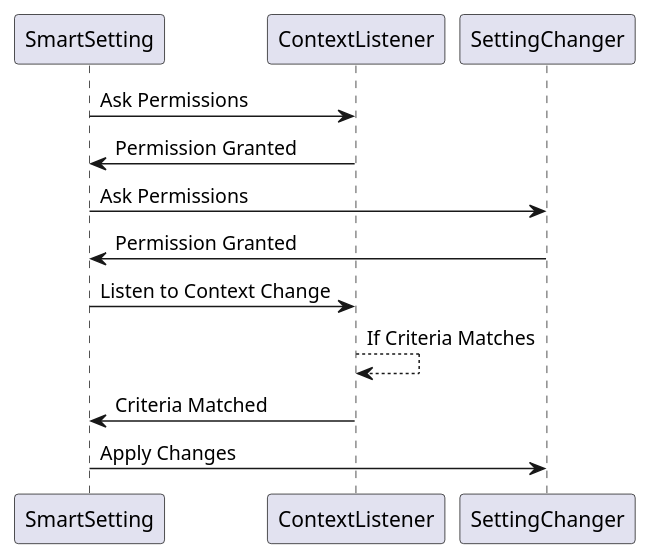
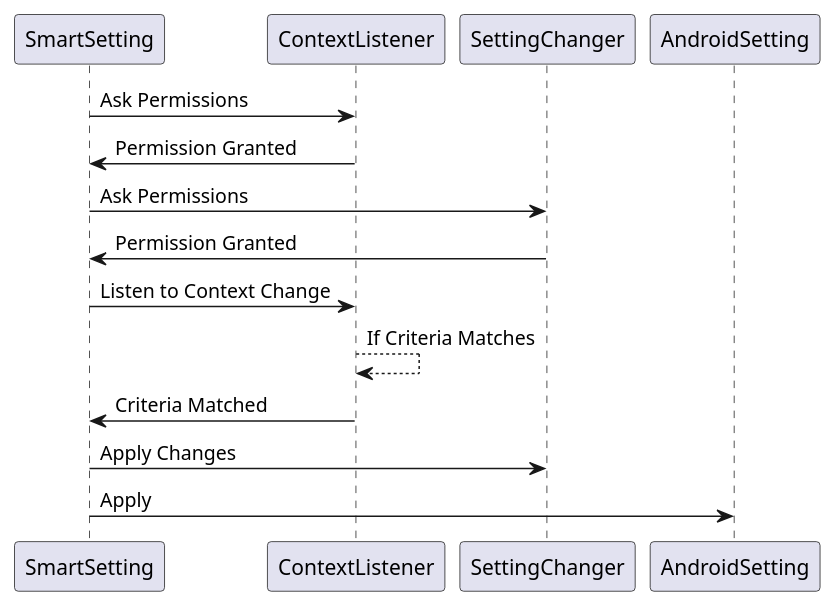
One commit to praslnx8/SmartSettings changed the diagram in MDD/sequence_diagram.puml. Above: the diagram before and after it, drawn with PlantUML. The commit also changed 8 other files, not shown here.

```diff
--- a/MDD/sequence_diagram.puml
+++ b/MDD/sequence_diagram.puml
@@ -1,12 +1,13 @@
 @startuml
 
 SmartSetting -> ContextListener : Ask Permissions
 ContextListener -> SmartSetting : Permission Granted
 SmartSetting -> SettingChanger : Ask Permissions
 SettingChanger -> SmartSetting : Permission Granted
 SmartSetting -> ContextListener : Listen to Context Change
 ContextListener --> ContextListener : If Criteria Matches
 ContextListener -> SmartSetting : Criteria Matched
 SmartSetting -> SettingChanger : Apply Changes
+SmartSetting -> AndroidSetting : Apply
 
 @enduml
```
